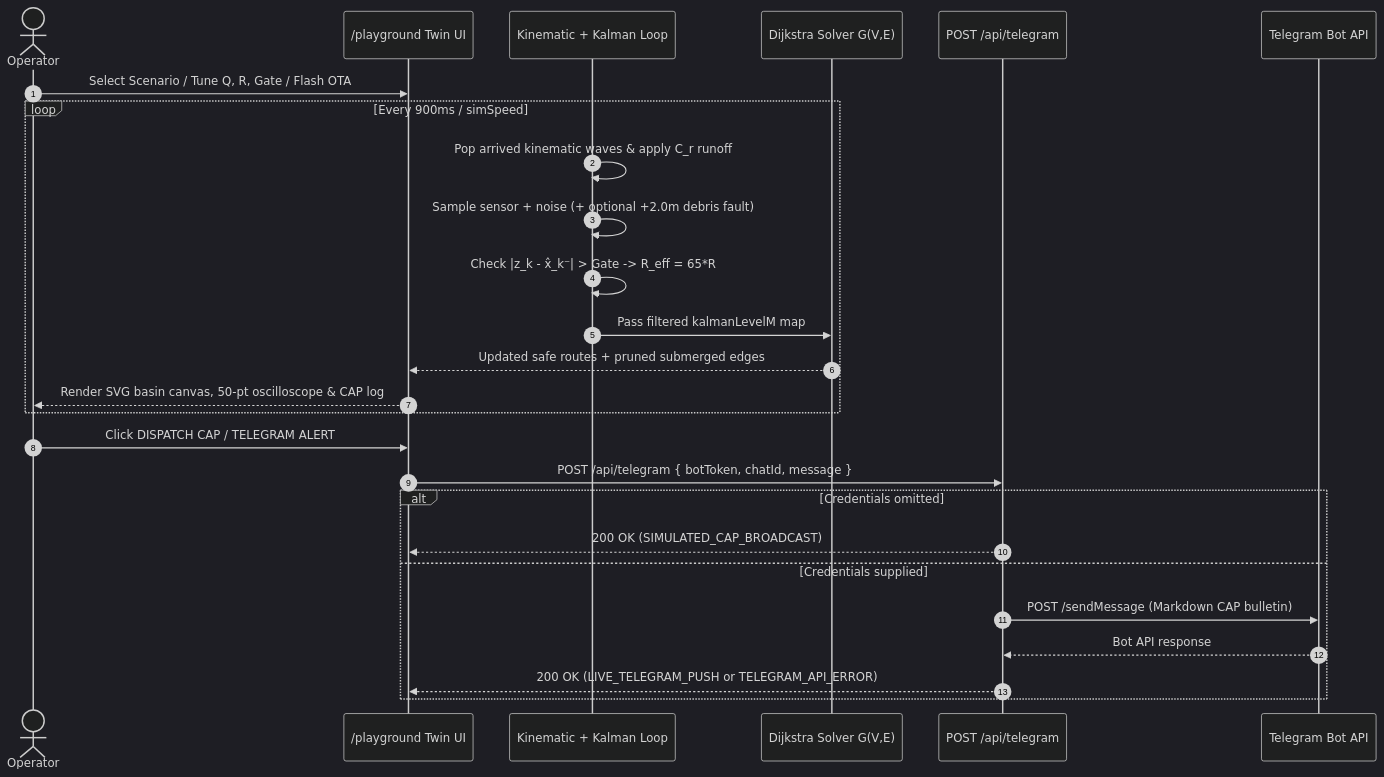
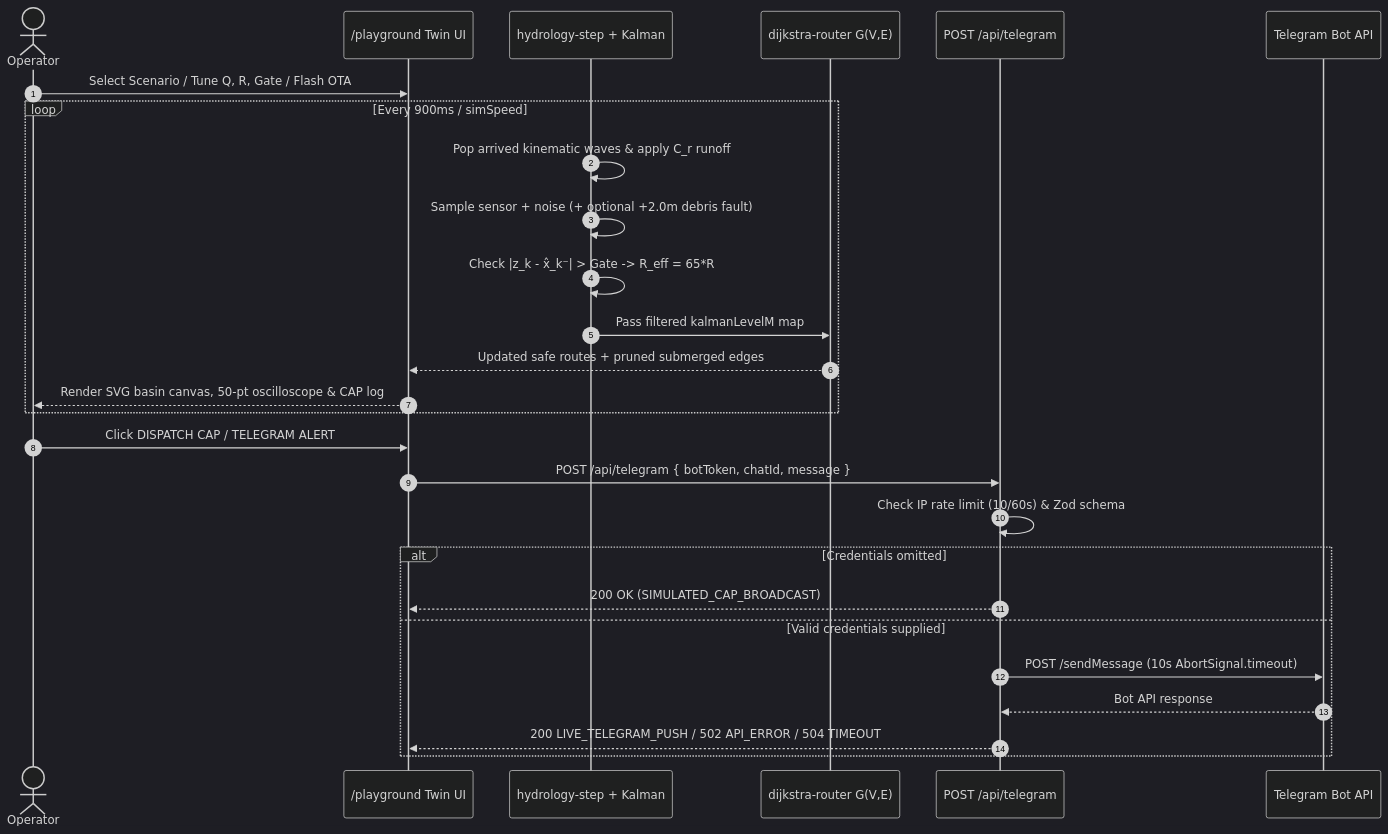
One commit to tanisheesh/AegisFlood changed the second of 3 diagrams in docs/ARCHITECTURE.md. Above: the diagram before and after it, drawn with Mermaid (dark theme). The commit also changed other lines of this file and 8 other files, not shown here.

Commit message:
📚 sync readme, agents.md, changelog and architecture docs with hardened codebase

````diff
--- a/docs/ARCHITECTURE.md
+++ b/docs/ARCHITECTURE.md
@@ -98,29 +130,30 @@
 ```mermaid
 sequenceDiagram
   autonumber
   actor U as Operator
   participant UI as /playground Twin UI
-  participant Sim as Kinematic + Kalman Loop
-  participant Graph as Dijkstra Solver G(V,E)
+  participant Sim as hydrology-step + Kalman
+  participant Graph as dijkstra-router G(V,E)
   participant API as POST /api/telegram
   participant TG as Telegram Bot API
 
   U->>UI: Select Scenario / Tune Q, R, Gate / Flash OTA
   loop Every 900ms / simSpeed
     Sim->>Sim: Pop arrived kinematic waves & apply C_r runoff
     Sim->>Sim: Sample sensor + noise (+ optional +2.0m debris fault)
     Sim->>Sim: Check |z_k - x̂_k⁻| > Gate -> R_eff = 65*R
     Sim->>Graph: Pass filtered kalmanLevelM map
     Graph-->>UI: Updated safe routes + pruned submerged edges
     UI-->>U: Render SVG basin canvas, 50-pt oscilloscope & CAP log
   end
   U->>UI: Click DISPATCH CAP / TELEGRAM ALERT
   UI->>API: POST /api/telegram { botToken, chatId, message }
+  API->>API: Check IP rate limit (10/60s) & Zod schema
   alt Credentials omitted
     API-->>UI: 200 OK (SIMULATED_CAP_BROADCAST)
-  else Credentials supplied
-    API->>TG: POST /sendMessage (Markdown CAP bulletin)
+  else Valid credentials supplied
+    API->>TG: POST /sendMessage (10s AbortSignal.timeout)
     TG-->>API: Bot API response
-    API-->>UI: 200 OK (LIVE_TELEGRAM_PUSH or TELEGRAM_API_ERROR)
+    API-->>UI: 200 LIVE_TELEGRAM_PUSH / 502 API_ERROR / 504 TIMEOUT
   end
 ```
````
